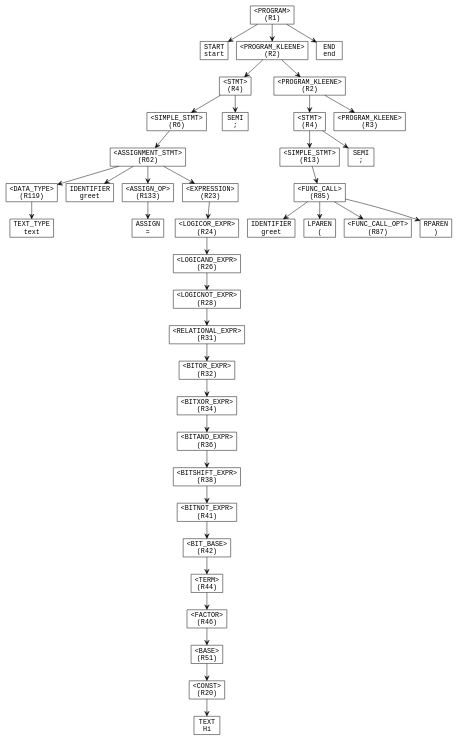
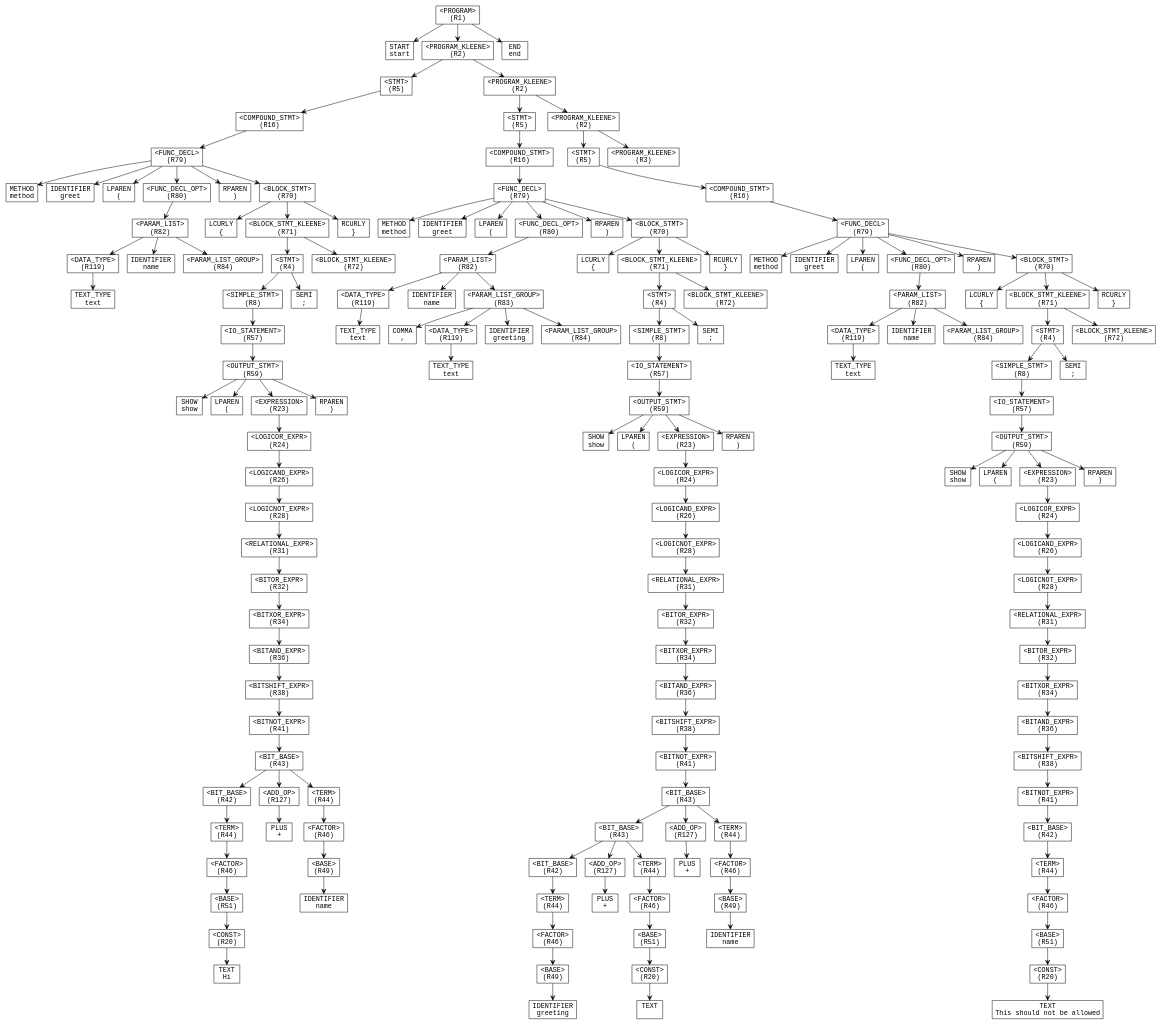
Before and after one commit to AjDesuuu/Upspyre-Programming-Language: the diagram in parse_tree.dot, drawn with Graphviz. The commit also changed 4 other files, not shown here.

```diff
--- a/parse_tree.dot
+++ b/parse_tree.dot
@@ -5,77 +5,317 @@
   n1692310401 [label="START\nstart"];
   n1099975486 -> n1692310401;
   n485081469 [label="<PROGRAM_KLEENE>\n(R2)"];
-  n1356608316 [label="<STMT>\n(R4)"];
-  n1485080858 [label="<SIMPLE_STMT>\n(R6)"];
-  n1182232665 [label="<ASSIGNMENT_STMT>\n(R62)"];
-  n340239299 [label="<DATA_TYPE>\n(R119)"];
-  n624113572 [label="TEXT_TYPE\ntext"];
-  n340239299 -> n624113572;
+  n1356608316 [label="<STMT>\n(R5)"];
+  n1485080858 [label="<COMPOUND_STMT>\n(R16)"];
+  n1182232665 [label="<FUNC_DECL>\n(R79)"];
+  n340239299 [label="METHOD\nmethod"];
   n1182232665 -> n340239299;
-  n1501800001 [label="IDENTIFIER\ngreet"];
+  n624113572 [label="IDENTIFIER\ngreet"];
+  n1182232665 -> n624113572;
+  n1501800001 [label="LPAREN\n("];
   n1182232665 -> n1501800001;
-  n604758160 [label="<ASSIGN_OP>\n(R133)"];
-  n226166377 [label="ASSIGN\n="];
+  n604758160 [label="<FUNC_DECL_OPT>\n(R80)"];
+  n226166377 [label="<PARAM_LIST>\n(R82)"];
+  n826908277 [label="<DATA_TYPE>\n(R119)"];
+  n1975293875 [label="TEXT_TYPE\ntext"];
+  n826908277 -> n1975293875;
+  n226166377 -> n826908277;
+  n248047348 [label="IDENTIFIER\nname"];
+  n226166377 -> n248047348;
+  n1532358922 [label="<PARAM_LIST_GROUP>\n(R84)"];
+  n226166377 -> n1532358922;
   n604758160 -> n226166377;
   n1182232665 -> n604758160;
-  n826908277 [label="<EXPRESSION>\n(R23)"];
-  n1975293875 [label="<LOGICOR_EXPR>\n(R24)"];
-  n248047348 [label="<LOGICAND_EXPR>\n(R26)"];
-  n1532358922 [label="<LOGICNOT_EXPR>\n(R28)"];
-  n638744099 [label="<RELATIONAL_EXPR>\n(R31)"];
-  n922905693 [label="<BITOR_EXPR>\n(R32)"];
-  n2117387023 [label="<BITXOR_EXPR>\n(R34)"];
-  n169717858 [label="<BITAND_EXPR>\n(R36)"];
-  n1066101868 [label="<BITSHIFT_EXPR>\n(R38)"];
-  n458202948 [label="<BITNOT_EXPR>\n(R41)"];
-  n1136331673 [label="<BIT_BASE>\n(R42)"];
-  n608316716 [label="<TERM>\n(R44)"];
-  n1078910404 [label="<FACTOR>\n(R46)"];
-  n664592182 [label="<BASE>\n(R51)"];
-  n1012989855 [label="<CONST>\n(R20)"];
-  n167681650 [label="TEXT\nHi"];
+  n638744099 [label="RPAREN\n)"];
+  n1182232665 -> n638744099;
+  n922905693 [label="<BLOCK_STMT>\n(R70)"];
+  n2117387023 [label="LCURLY\n{"];
+  n922905693 -> n2117387023;
+  n169717858 [label="<BLOCK_STMT_KLEENE>\n(R71)"];
+  n1066101868 [label="<STMT>\n(R4)"];
+  n458202948 [label="<SIMPLE_STMT>\n(R8)"];
+  n1136331673 [label="<IO_STATEMENT>\n(R57)"];
+  n608316716 [label="<OUTPUT_STMT>\n(R59)"];
+  n1078910404 [label="SHOW\nshow"];
+  n608316716 -> n1078910404;
+  n664592182 [label="LPAREN\n("];
+  n608316716 -> n664592182;
+  n1012989855 [label="<EXPRESSION>\n(R23)"];
+  n167681650 [label="<LOGICOR_EXPR>\n(R24)"];
+  n1063834228 [label="<LOGICAND_EXPR>\n(R26)"];
+  n2127351744 [label="<LOGICNOT_EXPR>\n(R28)"];
+  n1164663681 [label="<RELATIONAL_EXPR>\n(R31)"];
+  n941314128 [label="<BITOR_EXPR>\n(R32)"];
+  n1092214357 [label="<BITXOR_EXPR>\n(R34)"];
+  n1504951161 [label="<BITAND_EXPR>\n(R36)"];
+  n1176192157 [label="<BITSHIFT_EXPR>\n(R38)"];
+  n610276830 [label="<BITNOT_EXPR>\n(R41)"];
+  n730106993 [label="<BIT_BASE>\n(R43)"];
+  n1873318411 [label="<BIT_BASE>\n(R42)"];
+  n1938492623 [label="<TERM>\n(R44)"];
+  n1465985413 [label="<FACTOR>\n(R46)"];
+  n1485422620 [label="<BASE>\n(R51)"];
+  n1939487180 [label="<CONST>\n(R20)"];
+  n1482468868 [label="TEXT\nHi "];
+  n1939487180 -> n1482468868;
+  n1485422620 -> n1939487180;
+  n1465985413 -> n1485422620;
+  n1938492623 -> n1465985413;
+  n1873318411 -> n1938492623;
+  n730106993 -> n1873318411;
+  n103778699 [label="<ADD_OP>\n(R127)"];
+  n279978098 [label="PLUS\n+"];
+  n103778699 -> n279978098;
+  n730106993 -> n103778699;
+  n843460593 [label="<TERM>\n(R44)"];
+  n265788211 [label="<FACTOR>\n(R46)"];
+  n1976445075 [label="<BASE>\n(R49)"];
+  n1693197800 [label="IDENTIFIER\nname"];
+  n1976445075 -> n1693197800;
+  n265788211 -> n1976445075;
+  n843460593 -> n265788211;
+  n730106993 -> n843460593;
+  n610276830 -> n730106993;
+  n1176192157 -> n610276830;
+  n1504951161 -> n1176192157;
+  n1092214357 -> n1504951161;
+  n941314128 -> n1092214357;
+  n1164663681 -> n941314128;
+  n2127351744 -> n1164663681;
+  n1063834228 -> n2127351744;
+  n167681650 -> n1063834228;
   n1012989855 -> n167681650;
-  n664592182 -> n1012989855;
-  n1078910404 -> n664592182;
-  n608316716 -> n1078910404;
+  n608316716 -> n1012989855;
+  n1733732131 [label="RPAREN\n)"];
+  n608316716 -> n1733732131;
   n1136331673 -> n608316716;
   n458202948 -> n1136331673;
   n1066101868 -> n458202948;
+  n1424729849 [label="SEMI\n;"];
+  n1066101868 -> n1424729849;
   n169717858 -> n1066101868;
-  n2117387023 -> n169717858;
-  n922905693 -> n2117387023;
-  n638744099 -> n922905693;
-  n1532358922 -> n638744099;
-  n248047348 -> n1532358922;
-  n1975293875 -> n248047348;
-  n826908277 -> n1975293875;
-  n1182232665 -> n826908277;
+  n1348830791 [label="<BLOCK_STMT_KLEENE>\n(R72)"];
+  n169717858 -> n1348830791;
+  n922905693 -> n169717858;
+  n1428372166 [label="RCURLY\n}"];
+  n922905693 -> n1428372166;
+  n1182232665 -> n922905693;
   n1485080858 -> n1182232665;
   n1356608316 -> n1485080858;
-  n1063834228 [label="SEMI\n;"];
-  n1356608316 -> n1063834228;
   n485081469 -> n1356608316;
-  n2127351744 [label="<PROGRAM_KLEENE>\n(R2)"];
-  n1164663681 [label="<STMT>\n(R4)"];
-  n941314128 [label="<SIMPLE_STMT>\n(R13)"];
-  n1092214357 [label="<FUNC_CALL>\n(R85)"];
-  n1504951161 [label="IDENTIFIER\ngreet"];
-  n1092214357 -> n1504951161;
-  n1176192157 [label="LPAREN\n("];
-  n1092214357 -> n1176192157;
-  n610276830 [label="<FUNC_CALL_OPT>\n(R87)"];
-  n1092214357 -> n610276830;
-  n730106993 [label="RPAREN\n)"];
-  n1092214357 -> n730106993;
-  n941314128 -> n1092214357;
-  n1164663681 -> n941314128;
-  n1873318411 [label="SEMI\n;"];
-  n1164663681 -> n1873318411;
-  n2127351744 -> n1164663681;
-  n1938492623 [label="<PROGRAM_KLEENE>\n(R3)"];
-  n2127351744 -> n1938492623;
-  n485081469 -> n2127351744;
+  n127852798 [label="<PROGRAM_KLEENE>\n(R2)"];
+  n248201882 [label="<STMT>\n(R5)"];
+  n1918937786 [label="<COMPOUND_STMT>\n(R16)"];
+  n1054427962 [label="<FUNC_DECL>\n(R79)"];
+  n1311823119 [label="METHOD\nmethod"];
+  n1054427962 -> n1311823119;
+  n448496065 [label="IDENTIFIER\ngreet"];
+  n1054427962 -> n448496065;
+  n1836703062 [label="LPAREN\n("];
+  n1054427962 -> n1836703062;
+  n428723032 [label="<FUNC_DECL_OPT>\n(R80)"];
+  n1365114315 [label="<PARAM_LIST>\n(R82)"];
+  n397331368 [label="<DATA_TYPE>\n(R119)"];
+  n882784102 [label="TEXT_TYPE\ntext"];
+  n397331368 -> n882784102;
+  n1365114315 -> n397331368;
+  n1128201638 [label="IDENTIFIER\nname"];
+  n1365114315 -> n1128201638;
+  n2100556719 [label="<PARAM_LIST_GROUP>\n(R83)"];
+  n480347178 [label="COMMA\n,"];
+  n2100556719 -> n480347178;
+  n1505863135 [label="<DATA_TYPE>\n(R119)"];
+  n1831252108 [label="TEXT_TYPE\ntext"];
+  n1505863135 -> n1831252108;
+  n2100556719 -> n1505863135;
+  n258643980 [label="IDENTIFIER\ngreeting"];
+  n2100556719 -> n258643980;
+  n536534303 [label="<PARAM_LIST_GROUP>\n(R84)"];
+  n2100556719 -> n536534303;
+  n1365114315 -> n2100556719;
+  n428723032 -> n1365114315;
+  n1054427962 -> n428723032;
+  n1262582882 [label="RPAREN\n)"];
+  n1054427962 -> n1262582882;
+  n331028310 [label="<BLOCK_STMT>\n(R70)"];
+  n1221220309 [label="LCURLY\n{"];
+  n331028310 -> n1221220309;
+  n26307062 [label="<BLOCK_STMT_KLEENE>\n(R71)"];
+  n1106487242 [label="<STMT>\n(R4)"];
+  n179902725 [label="<SIMPLE_STMT>\n(R8)"];
+  n282559352 [label="<IO_STATEMENT>\n(R57)"];
+  n444831309 [label="<OUTPUT_STMT>\n(R59)"];
+  n1175629600 [label="SHOW\nshow"];
+  n444831309 -> n1175629600;
+  n69330902 [label="LPAREN\n("];
+  n444831309 -> n69330902;
+  n683763817 [label="<EXPRESSION>\n(R23)"];
+  n787915458 [label="<LOGICOR_EXPR>\n(R24)"];
+  n2102289299 [label="<LOGICAND_EXPR>\n(R26)"];
+  n1985623227 [label="<LOGICNOT_EXPR>\n(R28)"];
+  n1442547769 [label="<RELATIONAL_EXPR>\n(R31)"];
+  n1317060854 [label="<BITOR_EXPR>\n(R32)"];
+  n1079795790 [label="<BITXOR_EXPR>\n(R34)"];
+  n1736731410 [label="<BITAND_EXPR>\n(R36)"];
+  n1849134491 [label="<BITSHIFT_EXPR>\n(R38)"];
+  n653813723 [label="<BITNOT_EXPR>\n(R41)"];
+  n92618074 [label="<BIT_BASE>\n(R43)"];
+  n1100810755 [label="<BIT_BASE>\n(R43)"];
+  n328469758 [label="<BIT_BASE>\n(R42)"];
+  n1983346664 [label="<TERM>\n(R44)"];
+  n1526004633 [label="<FACTOR>\n(R46)"];
+  n1938833366 [label="<BASE>\n(R49)"];
+  n1087389350 [label="IDENTIFIER\ngreeting"];
+  n1938833366 -> n1087389350;
+  n1526004633 -> n1938833366;
+  n1983346664 -> n1526004633;
+  n328469758 -> n1983346664;
+  n1100810755 -> n328469758;
+  n227907939 [label="<ADD_OP>\n(R127)"];
+  n1891664763 [label="PLUS\n+"];
+  n227907939 -> n1891664763;
+  n1100810755 -> n227907939;
+  n39611450 [label="<TERM>\n(R44)"];
+  n1127765977 [label="<FACTOR>\n(R46)"];
+  n1657245788 [label="<BASE>\n(R51)"];
+  n375921700 [label="<CONST>\n(R20)"];
+  n1999937391 [label="TEXT\n "];
+  n375921700 -> n1999937391;
+  n1657245788 -> n375921700;
+  n1127765977 -> n1657245788;
+  n39611450 -> n1127765977;
+  n1100810755 -> n39611450;
+  n92618074 -> n1100810755;
+  n1991477455 [label="<ADD_OP>\n(R127)"];
+  n682144565 [label="PLUS\n+"];
+  n1991477455 -> n682144565;
+  n92618074 -> n1991477455;
+  n2121728824 [label="<TERM>\n(R44)"];
+  n761996414 [label="<FACTOR>\n(R46)"];
+  n1198798060 [label="<BASE>\n(R49)"];
+  n707270188 [label="IDENTIFIER\nname"];
+  n1198798060 -> n707270188;
+  n761996414 -> n1198798060;
+  n2121728824 -> n761996414;
+  n92618074 -> n2121728824;
+  n653813723 -> n92618074;
+  n1849134491 -> n653813723;
+  n1736731410 -> n1849134491;
+  n1079795790 -> n1736731410;
+  n1317060854 -> n1079795790;
+  n1442547769 -> n1317060854;
+  n1985623227 -> n1442547769;
+  n2102289299 -> n1985623227;
+  n787915458 -> n2102289299;
+  n683763817 -> n787915458;
+  n444831309 -> n683763817;
+  n1820376722 [label="RPAREN\n)"];
+  n444831309 -> n1820376722;
+  n282559352 -> n444831309;
+  n179902725 -> n282559352;
+  n1106487242 -> n179902725;
+  n406601640 [label="SEMI\n;"];
+  n1106487242 -> n406601640;
+  n26307062 -> n1106487242;
+  n2114566935 [label="<BLOCK_STMT_KLEENE>\n(R72)"];
+  n26307062 -> n2114566935;
+  n331028310 -> n26307062;
+  n351947660 [label="RCURLY\n}"];
+  n331028310 -> n351947660;
+  n1054427962 -> n331028310;
+  n1918937786 -> n1054427962;
+  n248201882 -> n1918937786;
+  n127852798 -> n248201882;
+  n2103903151 [label="<PROGRAM_KLEENE>\n(R2)"];
+  n73380564 [label="<STMT>\n(R5)"];
+  n926773323 [label="<COMPOUND_STMT>\n(R16)"];
+  n1910373131 [label="<FUNC_DECL>\n(R79)"];
+  n887289060 [label="METHOD\nmethod"];
+  n1910373131 -> n887289060;
+  n1297230270 [label="IDENTIFIER\ngreet"];
+  n1910373131 -> n1297230270;
+  n288470903 [label="LPAREN\n("];
+  n1910373131 -> n288470903;
+  n262800377 [label="<FUNC_DECL_OPT>\n(R80)"];
+  n751604540 [label="<PARAM_LIST>\n(R82)"];
+  n1880051906 [label="<DATA_TYPE>\n(R119)"];
+  n1822018491 [label="TEXT_TYPE\ntext"];
+  n1880051906 -> n1822018491;
+  n751604540 -> n1880051906;
+  n863217690 [label="IDENTIFIER\nname"];
+  n751604540 -> n863217690;
+  n2070845499 [label="<PARAM_LIST_GROUP>\n(R84)"];
+  n751604540 -> n2070845499;
+  n262800377 -> n751604540;
+  n1910373131 -> n262800377;
+  n1902989012 [label="RPAREN\n)"];
+  n1910373131 -> n1902989012;
+  n1401657169 [label="<BLOCK_STMT>\n(R70)"];
+  n2107037250 [label="LCURLY\n{"];
+  n1401657169 -> n2107037250;
+  n1924544139 [label="<BLOCK_STMT_KLEENE>\n(R71)"];
+  n1773592039 [label="<STMT>\n(R4)"];
+  n1720250015 [label="<SIMPLE_STMT>\n(R8)"];
+  n761729226 [label="<IO_STATEMENT>\n(R57)"];
+  n1848015235 [label="<OUTPUT_STMT>\n(R59)"];
+  n824232005 [label="SHOW\nshow"];
+  n1848015235 -> n824232005;
+  n276636904 [label="LPAREN\n("];
+  n1848015235 -> n276636904;
+  n92903277 [label="<EXPRESSION>\n(R23)"];
+  n1480461374 [label="<LOGICOR_EXPR>\n(R24)"];
+  n1869321628 [label="<LOGICAND_EXPR>\n(R26)"];
+  n373864189 [label="<LOGICNOT_EXPR>\n(R28)"];
+  n1605593510 [label="<RELATIONAL_EXPR>\n(R31)"];
+  n2009383314 [label="<BITOR_EXPR>\n(R32)"];
+  n1152417155 [label="<BITXOR_EXPR>\n(R34)"];
+  n396149942 [label="<BITAND_EXPR>\n(R36)"];
+  n1403412922 [label="<BITSHIFT_EXPR>\n(R38)"];
+  n37741069 [label="<BITNOT_EXPR>\n(R41)"];
+  n1160039340 [label="<BIT_BASE>\n(R42)"];
+  n879501002 [label="<TERM>\n(R44)"];
+  n1411842636 [label="<FACTOR>\n(R46)"];
+  n695582031 [label="<BASE>\n(R51)"];
+  n1257208422 [label="<CONST>\n(R20)"];
+  n505522111 [label="TEXT\nThis should not be allowed"];
+  n1257208422 -> n505522111;
+  n695582031 -> n1257208422;
+  n1411842636 -> n695582031;
+  n879501002 -> n1411842636;
+  n1160039340 -> n879501002;
+  n37741069 -> n1160039340;
+  n1403412922 -> n37741069;
+  n396149942 -> n1403412922;
+  n1152417155 -> n396149942;
+  n2009383314 -> n1152417155;
+  n1605593510 -> n2009383314;
+  n373864189 -> n1605593510;
+  n1869321628 -> n373864189;
+  n1480461374 -> n1869321628;
+  n92903277 -> n1480461374;
+  n1848015235 -> n92903277;
+  n1928917845 [label="RPAREN\n)"];
+  n1848015235 -> n1928917845;
+  n761729226 -> n1848015235;
+  n1720250015 -> n761729226;
+  n1773592039 -> n1720250015;
+  n1986246528 [label="SEMI\n;"];
+  n1773592039 -> n1986246528;
+  n1924544139 -> n1773592039;
+  n1198448480 [label="<BLOCK_STMT_KLEENE>\n(R72)"];
+  n1924544139 -> n1198448480;
+  n1401657169 -> n1924544139;
+  n1415677037 [label="RCURLY\n}"];
+  n1401657169 -> n1415677037;
+  n1910373131 -> n1401657169;
+  n926773323 -> n1910373131;
+  n73380564 -> n926773323;
+  n2103903151 -> n73380564;
+  n1630971887 [label="<PROGRAM_KLEENE>\n(R3)"];
+  n2103903151 -> n1630971887;
+  n127852798 -> n2103903151;
+  n485081469 -> n127852798;
   n1099975486 -> n485081469;
-  n1465985413 [label="END\nend"];
-  n1099975486 -> n1465985413;
+  n167957502 [label="END\nend"];
+  n1099975486 -> n167957502;
 }
```
